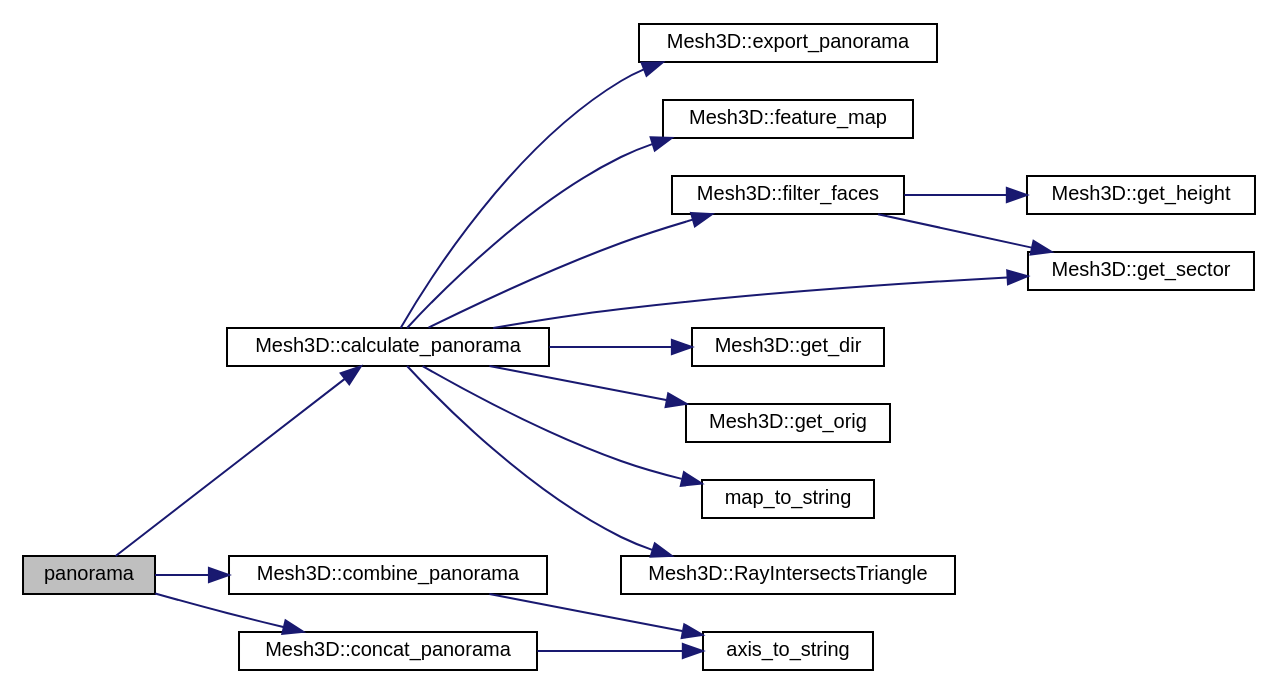
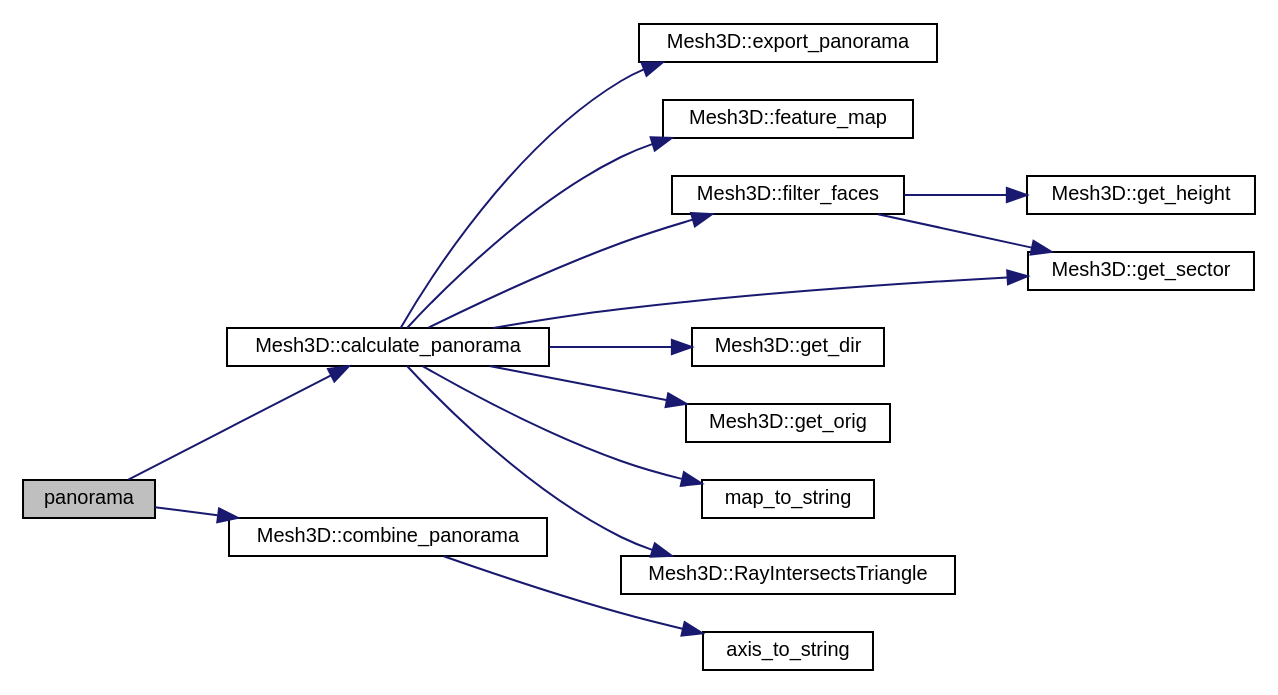
The diagram in main_8cpp_a2c209674c35c64c91f02b662b0902b5f_cgraph.dot (Alexmnzlms/panorama_extended), drawn with Graphviz before and after one commit. The commit also changed 7 other files, not shown here.

```diff
--- a/main_8cpp_a2c209674c35c64c91f02b662b0902b5f_cgraph.dot
+++ b/main_8cpp_a2c209674c35c64c91f02b662b0902b5f_cgraph.dot
@@ -1,36 +1,33 @@
 digraph "panorama"
 {
  // LATEX_PDF_SIZE
   edge [fontname="Helvetica",fontsize="10",labelfontname="Helvetica",labelfontsize="10"];
   node [fontname="Helvetica",fontsize="10",shape=record];
   rankdir="LR";
   Node1 [label="panorama",height=0.2,width=0.4,color="black", fillcolor="grey75", style="filled", fontcolor="black",tooltip=" "];
   Node1 -> Node2 [color="midnightblue",fontsize="10",style="solid",fontname="Helvetica"];
   Node2 [label="Mesh3D::calculate_panorama",height=0.2,width=0.4,color="black", fillcolor="white", style="filled",URL="$classMesh3D.html#a0a984cd43ac240bc77aedaa564824fbb",tooltip="Calculate PANORAMA [extended] representation of the 3D mesh."];
   Node2 -> Node3 [color="midnightblue",fontsize="10",style="solid",fontname="Helvetica"];
   Node3 [label="Mesh3D::export_panorama",height=0.2,width=0.4,color="black", fillcolor="white", style="filled",URL="$classMesh3D.html#a2b2c5e6a2bc74dae6e2f033f402ab5f5",tooltip="Export PANORAMA representation to sdm , ndm or gndm."];
   Node2 -> Node4 [color="midnightblue",fontsize="10",style="solid",fontname="Helvetica"];
   Node4 [label="Mesh3D::feature_map",height=0.2,width=0.4,color="black", fillcolor="white", style="filled",URL="$classMesh3D.html#afbf78c4b5703f84162afa3e89faad9cb",tooltip="Compute the feature map specified ."];
   Node2 -> Node5 [color="midnightblue",fontsize="10",style="solid",fontname="Helvetica"];
   Node5 [label="Mesh3D::filter_faces",height=0.2,width=0.4,color="black", fillcolor="white", style="filled",URL="$classMesh3D.html#a8cfc87c76eed8c2e11c14f87d2e2788a",tooltip="Separates the faces of the mesh according to their height and sector."];
   Node5 -> Node6 [color="midnightblue",fontsize="10",style="solid",fontname="Helvetica"];
   Node6 [label="Mesh3D::get_height",height=0.2,width=0.4,color="black", fillcolor="white", style="filled",URL="$classMesh3D.html#ac1f0f4c6d293fcaef2b3b049a9b6d410",tooltip="Get height of a division of the cylinder."];
   Node5 -> Node7 [color="midnightblue",fontsize="10",style="solid",fontname="Helvetica"];
   Node7 [label="Mesh3D::get_sector",height=0.2,width=0.4,color="black", fillcolor="white", style="filled",URL="$classMesh3D.html#a7c3b28ac2fd72eb6baa373117e483ba3",tooltip="Get sector of a point."];
   Node2 -> Node8 [color="midnightblue",fontsize="10",style="solid",fontname="Helvetica"];
   Node8 [label="Mesh3D::get_dir",height=0.2,width=0.4,color="black", fillcolor="white", style="filled",URL="$classMesh3D.html#a3bef9be7ab66d7007f7d0c2dafd78430",tooltip="Get direction of ray based on axis and angle."];
   Node2 -> Node9 [color="midnightblue",fontsize="10",style="solid",fontname="Helvetica"];
   Node9 [label="Mesh3D::get_orig",height=0.2,width=0.4,color="black", fillcolor="white", style="filled",URL="$classMesh3D.html#a26d29a9bbd2d5e4c83deeab8bf6f7288",tooltip="Get origin of ray based on axis and height."];
   Node2 -> Node7 [color="midnightblue",fontsize="10",style="solid",fontname="Helvetica"];
   Node2 -> Node10 [color="midnightblue",fontsize="10",style="solid",fontname="Helvetica"];
   Node10 [label="map_to_string",height=0.2,width=0.4,color="black", fillcolor="white", style="filled",URL="$aux_8h.html#aee40fe119b557ef2e8c1b596fd28c0b5",tooltip="Convert enum Map to std::string c++ type."];
   Node2 -> Node11 [color="midnightblue",fontsize="10",style="solid",fontname="Helvetica"];
   Node11 [label="Mesh3D::RayIntersectsTriangle",height=0.2,width=0.4,color="black", fillcolor="white", style="filled",URL="$classMesh3D.html#afae60cf7754feb072082d08d46660609",tooltip="Compute Ray-Triangle Intersection using Möller-Trumbore algorithm."];
   Node1 -> Node12 [color="midnightblue",fontsize="10",style="solid",fontname="Helvetica"];
   Node12 [label="Mesh3D::combine_panorama",height=0.2,width=0.4,color="black", fillcolor="white", style="filled",URL="$classMesh3D.html#abcfbcc10775544bcf4c5d1d706dd23b5",tooltip="Combine PANORAMA feature maps SDM, NDM and GNDM in PANORAMA extended representation."];
   Node12 -> Node13 [color="midnightblue",fontsize="10",style="solid",fontname="Helvetica"];
   Node13 [label="axis_to_string",height=0.2,width=0.4,color="black", fillcolor="white", style="filled",URL="$aux_8h.html#afc31f23e1de37e57949b88b2da006122",tooltip="Convert enum Axis to std::string c++ type."];
-  Node1 -> Node14 [color="midnightblue",fontsize="10",style="solid",fontname="Helvetica"];
-  Node14 [label="Mesh3D::concat_panorama",height=0.2,width=0.4,color="black", fillcolor="white", style="filled",URL="$classMesh3D.html#a5d8447c5025429061006dd3fb2d4632b",tooltip="Concatenation PANORAMA feature maps SDM and NDM."];
-  Node14 -> Node13 [color="midnightblue",fontsize="10",style="solid",fontname="Helvetica"];
 }
```
